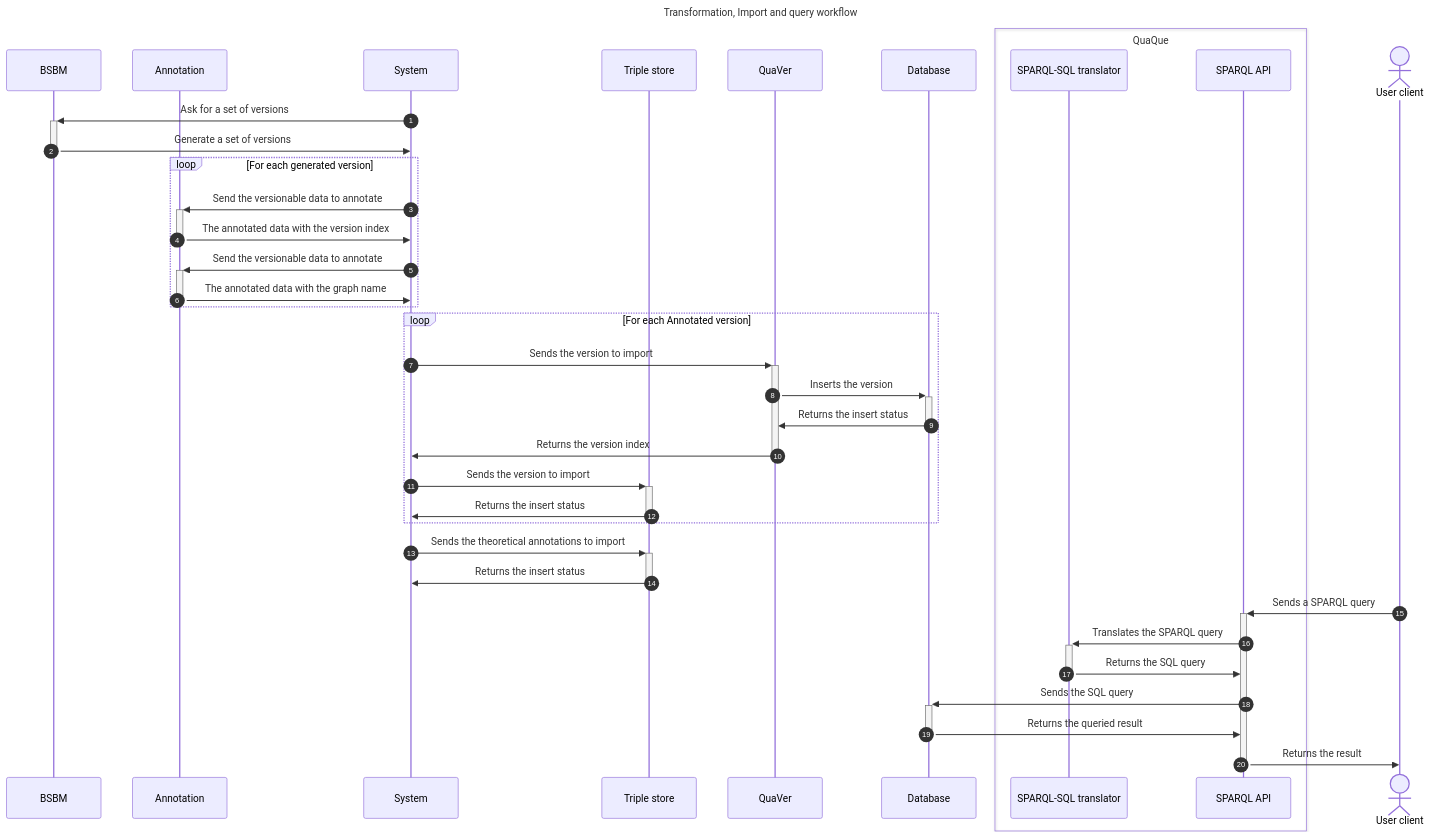
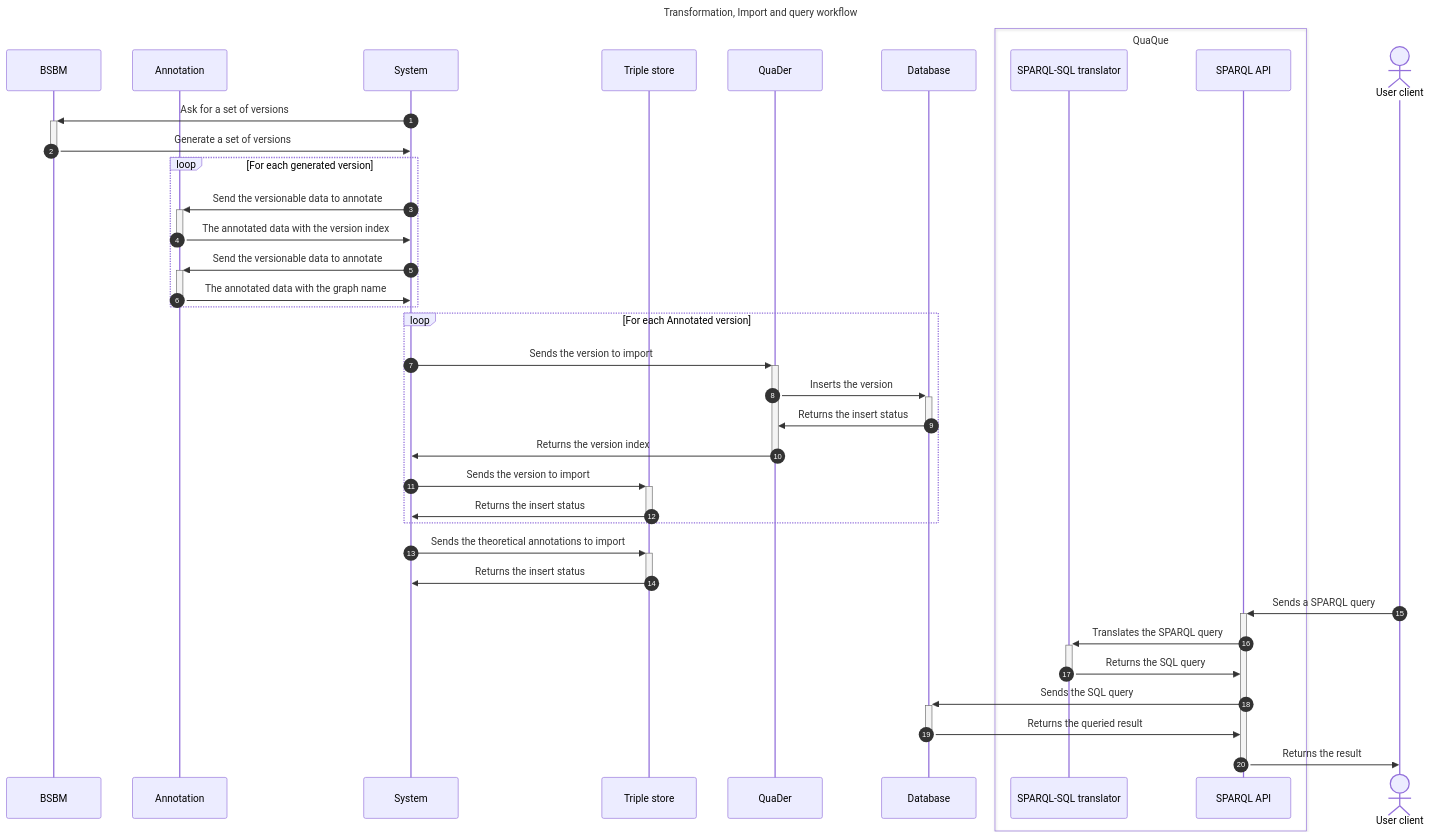
The fifth of 5 diagrams in Readme.md (VCityTeam/ConVer-G), drawn with Mermaid before and after one commit. The commit also changed other lines of this file, not shown here.

Commit message:
Improved development documentation

````diff
--- a/Readme.md
+++ b/Readme.md
@@ -281,47 +281,47 @@
 ```mermaid
 sequenceDiagram
     title Transformation, Import and query workflow
     autonumber
 
     participant BSBM
     participant Annotation
 
     System ->>+ BSBM: Ask for a set of versions
     BSBM ->>- System: Generate a set of versions
 
     loop For each generated version
         System ->>+ Annotation: Send the versionable data to annotate
         Annotation ->>- System: The annotated data with the version index
         System ->>+ Annotation: Send the versionable data to annotate
         Annotation ->>- System: The annotated data with the graph name
     end
     
     participant Triple store
 
     loop For each Annotated version
-        System ->>+ QuaVer: Sends the version to import
-        QuaVer ->>+ Database: Inserts the version
-        Database ->>- QuaVer: Returns the insert status
-        QuaVer ->>- System: Returns the version index
+        System ->>+ QuaDer: Sends the version to import
+        QuaDer ->>+ Database: Inserts the version
+        Database ->>- QuaDer: Returns the insert status
+        QuaDer ->>- System: Returns the version index
         
         System ->>+ Triple store: Sends the version to import
         Triple store ->>- System: Returns the insert status
     end
     
     System ->>+ Triple store: Sends the theoretical annotations to import
     Triple store ->>- System: Returns the insert status
     
     box QuaQue
         participant SPARQL-SQL translator
         participant SPARQL API
     end
     
     actor User client
     
     User client ->>+ SPARQL API: Sends a SPARQL query
     SPARQL API ->>+ SPARQL-SQL translator: Translates the SPARQL query
     SPARQL-SQL translator ->>- SPARQL API: Returns the SQL query
     SPARQL API ->>+ Database: Sends the SQL query
     Database ->>- SPARQL API: Returns the queried result
     SPARQL API ->>- User client: Returns the result
 ```
````
